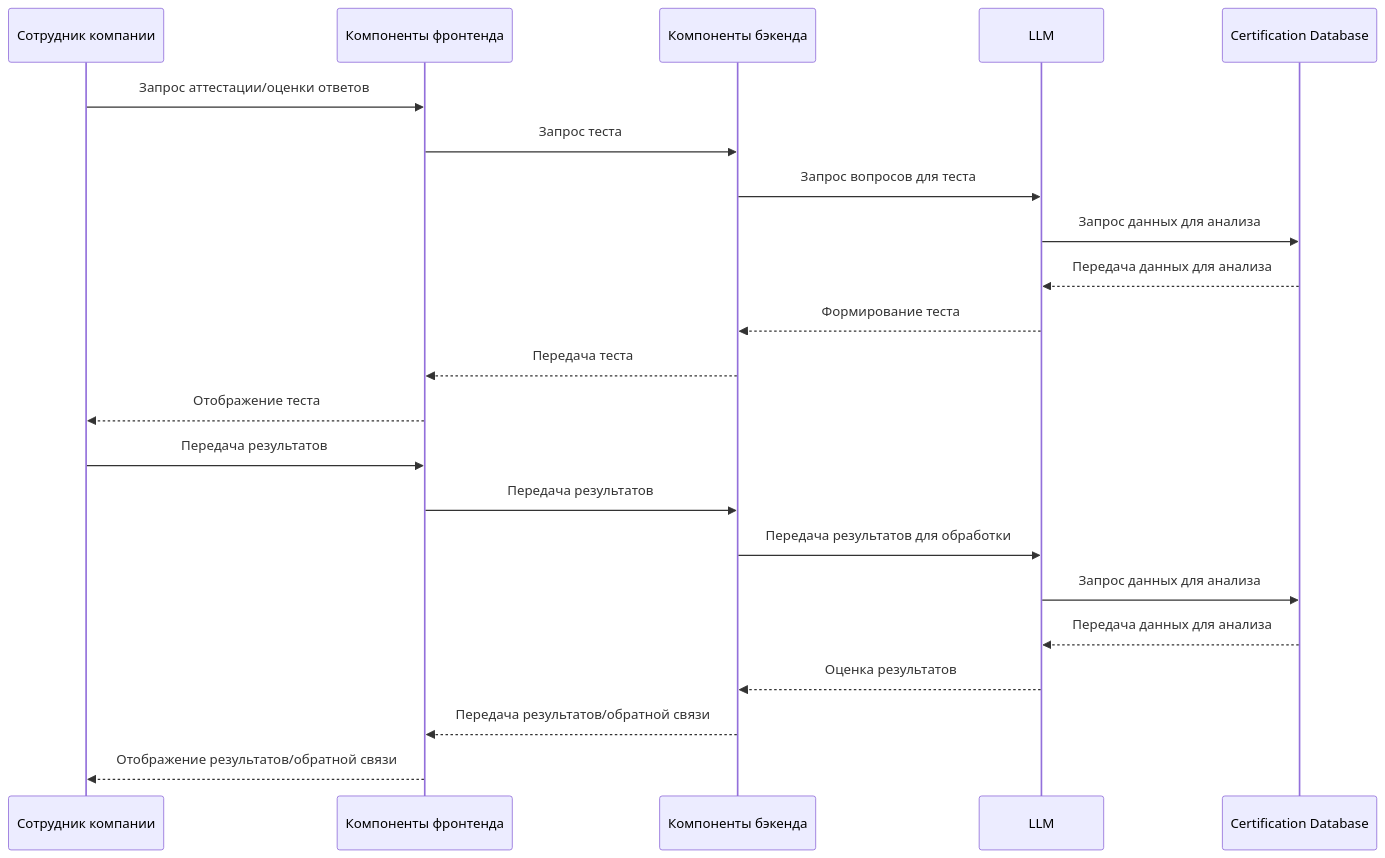
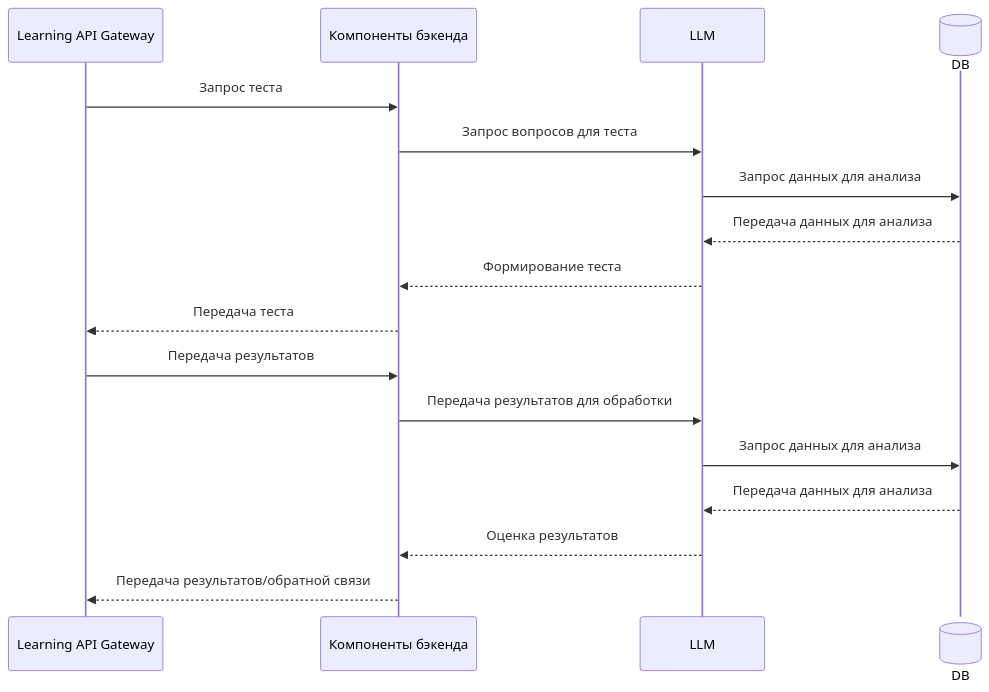
The first of 2 diagrams in LabWork №3/docs/Болотов Даниил РИС-22-1 Lab Work №3.md (minnymaster/Architecture), drawn with Mermaid before and after one commit. The commit also changed other lines of this file, not shown here.

Commit message:
Update Болотов Даниил РИС-22-1 Lab Work №3.md

````diff
--- a/LabWork №3/docs/Болотов Даниил РИС-22-1 Lab Work №3.md
+++ b/LabWork №3/docs/Болотов Даниил РИС-22-1 Lab Work №3.md
@@ -19,25 +20,21 @@
 ```mermaid
 sequenceDiagram
-    participant Employee as Сотрудник компании
-    participant Frontend as Компоненты фронтенда
+    participant LearningAPIGateway as Learning API Gateway
     participant Backend as Компоненты бэкенда
     participant LLM as LLM
-    participant Database as Certification Database
+    participant DB@{ "type": "database" }
 
-    Employee->>Frontend: Запрос аттестации/оценки ответов
-    Frontend->>Backend: Запрос теста
+    LearningAPIGateway->>Backend: Запрос теста
     Backend->>LLM: Запрос вопросов для теста
-    LLM->>Database: Запрос данных для анализа
-    Database-->>LLM: Передача данных для анализа
+    LLM->>DB: Запрос данных для анализа
+    DB-->>LLM: Передача данных для анализа
     LLM-->>Backend: Формирование теста
-    Backend-->>Frontend: Передача теста
-    Frontend-->>Employee: Отображение теста
-    Employee->>Frontend: Передача результатов
-    Frontend->>Backend: Передача результатов
+    Backend-->>LearningAPIGateway: Передача теста
+    LearningAPIGateway->>Backend: Передача результатов
     Backend->>LLM: Передача результатов для обработки
-    LLM->>Database: Запрос данных для анализа
-    Database-->>LLM: Передача данных для анализа
+    LLM->>DB: Запрос данных для анализа
+    DB-->>LLM: Передача данных для анализа
     LLM-->>Backend: Оценка результатов
-    Backend-->>Frontend: Передача результатов/обратной связи
-    Frontend-->>Employee: Отображение результатов/обратной связи
+    Backend-->>LearningAPIGateway: Передача результатов/обратной связи
+
 ```
````
